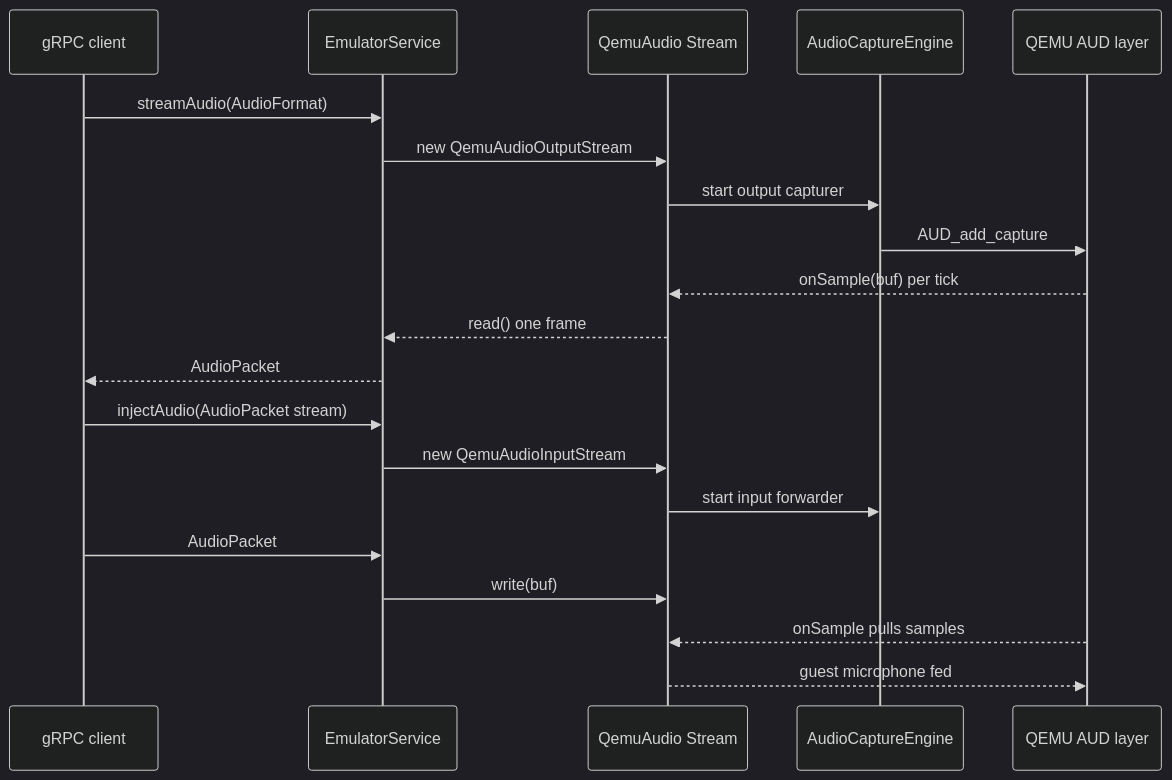
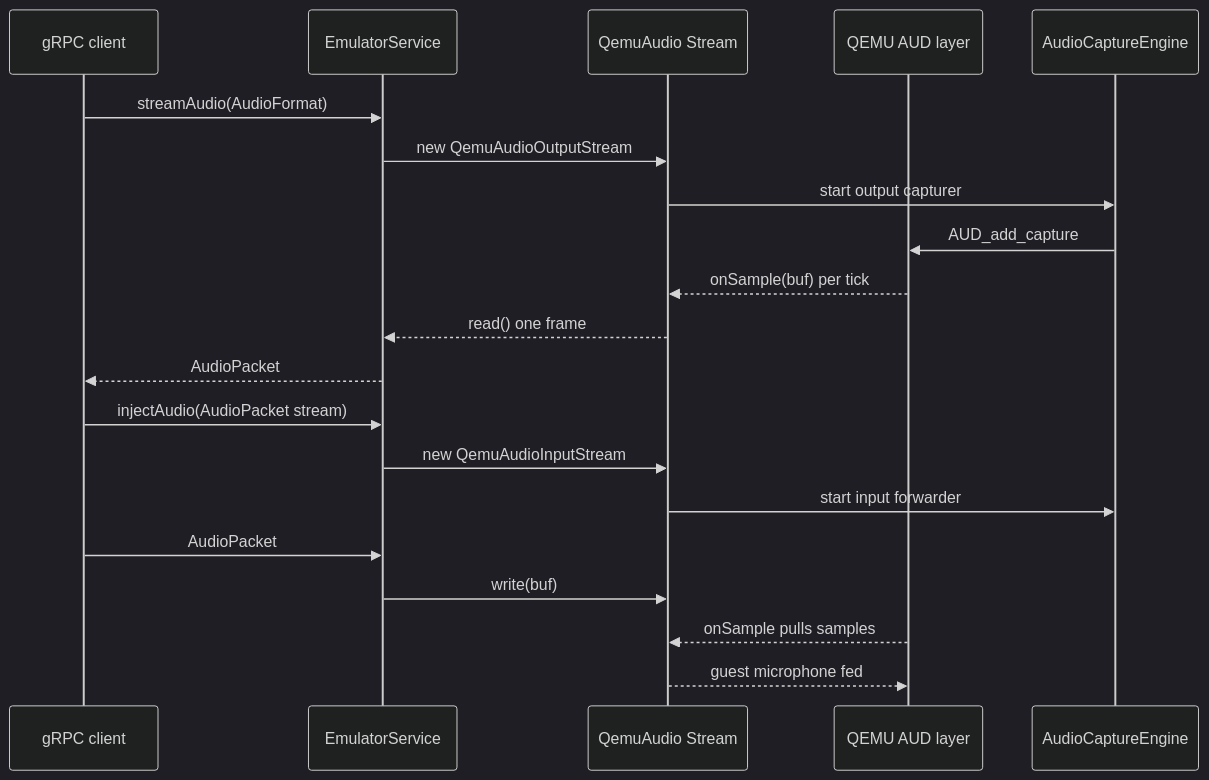
One commit to aospbooks/android-emulator-internal-book changed the sixth of 6 diagrams in 15-audio.md. Above: the diagram before and after it, drawn with Mermaid (dark theme). The commit also changed other lines of this file and 31 other files, not shown here.

````diff
--- a/15-audio.md
+++ b/15-audio.md
@@ -465,22 +467,22 @@
 ```mermaid
 sequenceDiagram
     participant Client as gRPC client
     participant Svc as EmulatorService
     participant Stream as QemuAudio Stream
+    participant AUD as QEMU AUD layer
     participant Eng as AudioCaptureEngine
-    participant AUD as QEMU AUD layer
     Client->>Svc: streamAudio(AudioFormat)
     Svc->>Stream: new QemuAudioOutputStream
     Stream->>Eng: start output capturer
     Eng->>AUD: AUD_add_capture
     AUD-->>Stream: onSample(buf) per tick
     Stream-->>Svc: read() one frame
     Svc-->>Client: AudioPacket
     Client->>Svc: injectAudio(AudioPacket stream)
     Svc->>Stream: new QemuAudioInputStream
     Stream->>Eng: start input forwarder
     Client->>Svc: AudioPacket
     Svc->>Stream: write(buf)
     AUD-->>Stream: onSample pulls samples
     Stream-->>AUD: guest microphone fed
 ```
````
